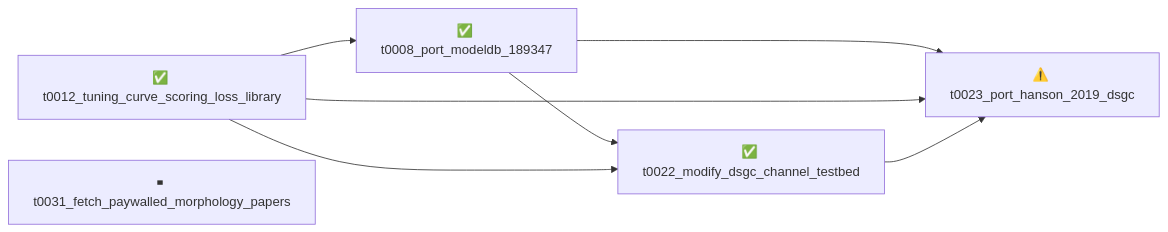
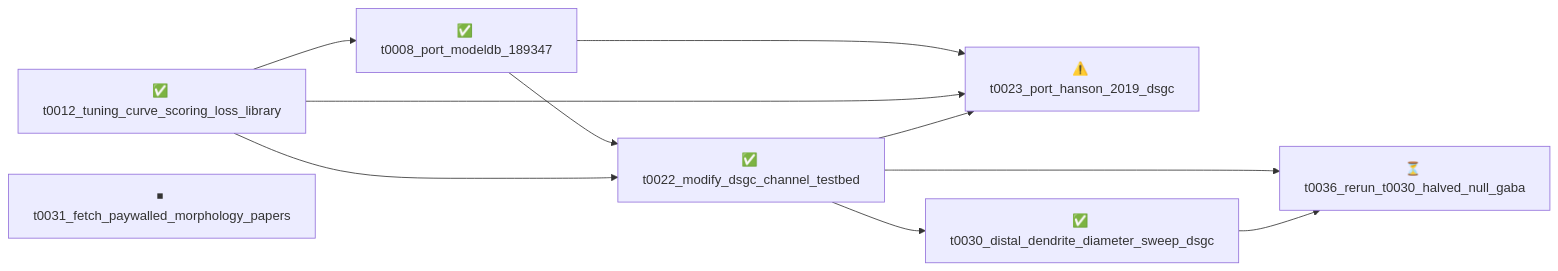
One commit to tonza17/neuron-channels changed the diagram in overview/tasks/README.md. Above: the diagram before and after it, drawn with Mermaid. The commit also changed other lines of this file and 38 other files, not shown here.

````diff
--- a/overview/tasks/README.md
+++ b/overview/tasks/README.md
@@ -13,15 +15,20 @@
 ```mermaid
 graph LR
     t0008_port_modeldb_189347["✅ t0008_port_modeldb_189347"]
     t0012_tuning_curve_scoring_loss_library["✅ t0012_tuning_curve_scoring_loss_library"]
     t0022_modify_dsgc_channel_testbed["✅ t0022_modify_dsgc_channel_testbed"]
     t0023_port_hanson_2019_dsgc["⚠️ t0023_port_hanson_2019_dsgc"]
+    t0030_distal_dendrite_diameter_sweep_dsgc["✅ t0030_distal_dendrite_diameter_sweep_dsgc"]
     t0031_fetch_paywalled_morphology_papers["⏹ t0031_fetch_paywalled_morphology_papers"]
+    t0036_rerun_t0030_halved_null_gaba["⏳ t0036_rerun_t0030_halved_null_gaba"]
 
     t0012_tuning_curve_scoring_loss_library --> t0008_port_modeldb_189347
     t0008_port_modeldb_189347 --> t0022_modify_dsgc_channel_testbed
     t0012_tuning_curve_scoring_loss_library --> t0022_modify_dsgc_channel_testbed
     t0008_port_modeldb_189347 --> t0023_port_hanson_2019_dsgc
     t0012_tuning_curve_scoring_loss_library --> t0023_port_hanson_2019_dsgc
     t0022_modify_dsgc_channel_testbed --> t0023_port_hanson_2019_dsgc
+    t0022_modify_dsgc_channel_testbed --> t0030_distal_dendrite_diameter_sweep_dsgc
+    t0022_modify_dsgc_channel_testbed --> t0036_rerun_t0030_halved_null_gaba
+    t0030_distal_dendrite_diameter_sweep_dsgc --> t0036_rerun_t0030_halved_null_gaba
 ```
````
